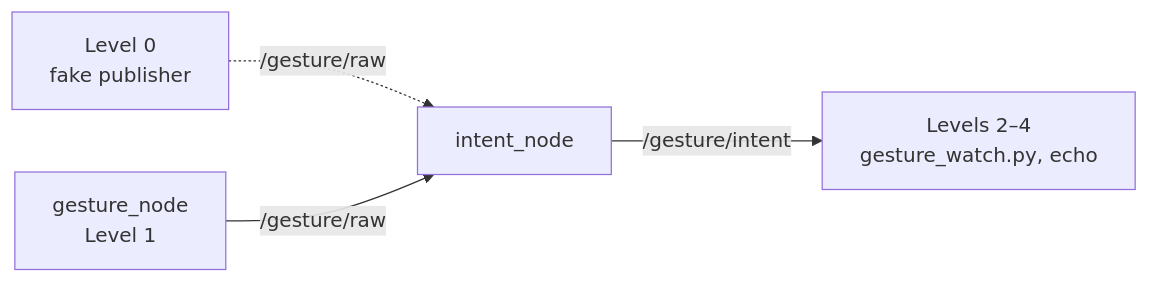
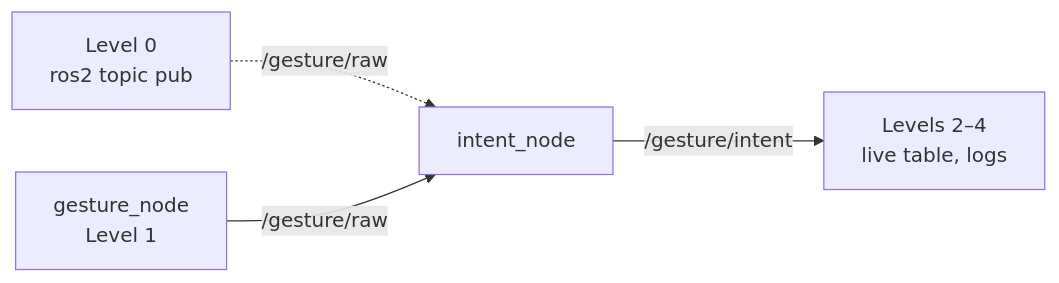
One commit to SEAME-pt/SEA-ME_Team1_ROSRangers changed the second of 2 diagrams in docs/PraticalPlan/06 Gestures/01 ROS2 Nodes Installation.md. Above: the diagram before and after it, drawn with Mermaid. The commit also changed other lines of this file and 11 other files, not shown here.

````diff
--- a/docs/PraticalPlan/06 Gestures/01 ROS2 Nodes Installation.md
+++ b/docs/PraticalPlan/06 Gestures/01 ROS2 Nodes Installation.md
@@ -539,6 +245,6 @@
 ```mermaid
 flowchart LR
-  F["Level 0<br/>fake publisher"] -.->|/gesture/raw| I[intent_node]
+  F["Level 0<br/>ros2 topic pub"] -.->|/gesture/raw| I[intent_node]
   G["gesture_node<br/>Level 1"] -->|/gesture/raw| I
-  I -->|/gesture/intent| E["Levels 2–4<br/>gesture_watch.py, echo"]
+  I -->|/gesture/intent| E["Levels 2–4<br/>live table, logs"]
 ```
````
